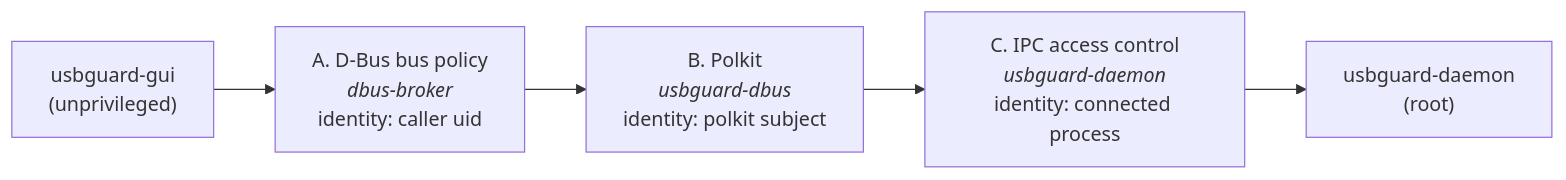
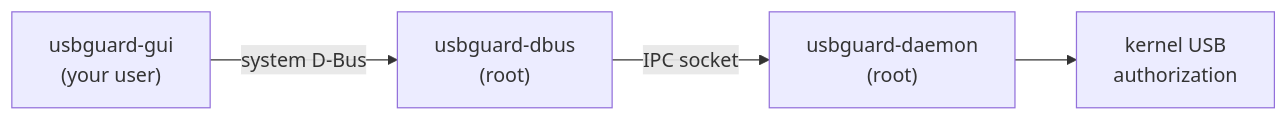
The diagram in README.md (onyks-os/USBGuardGUI), drawn with Mermaid before and after one commit. The commit also changed other lines of this file and 2 other files, not shown here.

````diff
--- a/README.md
+++ b/README.md
@@ -171,7 +174,6 @@
 ```mermaid
 flowchart LR
-    GUI["usbguard-gui<br/>(unprivileged)"] --> A["A. D-Bus bus policy<br/><i>dbus-broker</i><br/>identity: caller uid"]
-    A --> B["B. Polkit<br/><i>usbguard-dbus</i><br/>identity: polkit subject"]
-    B --> C["C. IPC access control<br/><i>usbguard-daemon</i><br/>identity: connected process"]
-    C --> D["usbguard-daemon<br/>(root)"]
+    GUI["usbguard-gui<br/>(your user)"] -- "system D-Bus" --> Bridge["usbguard-dbus<br/>(root)"]
+    Bridge -- "IPC socket" --> Daemon["usbguard-daemon<br/>(root)"]
+    Daemon --> Kernel["kernel USB<br/>authorization"]
 ```
````
